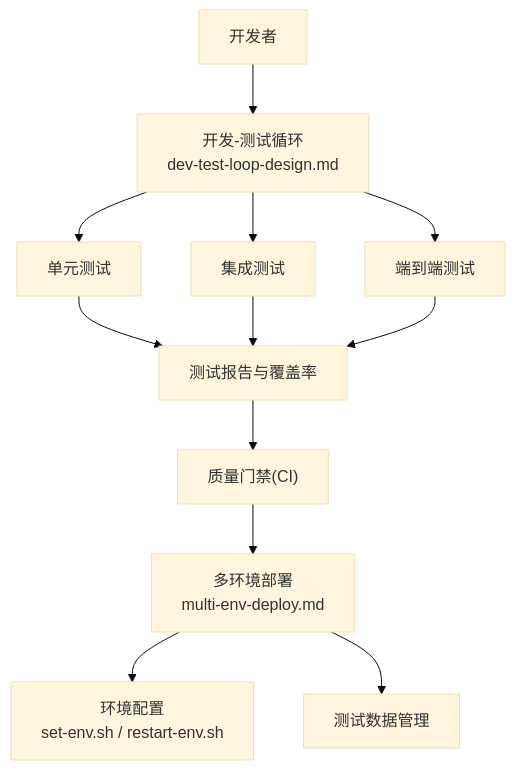
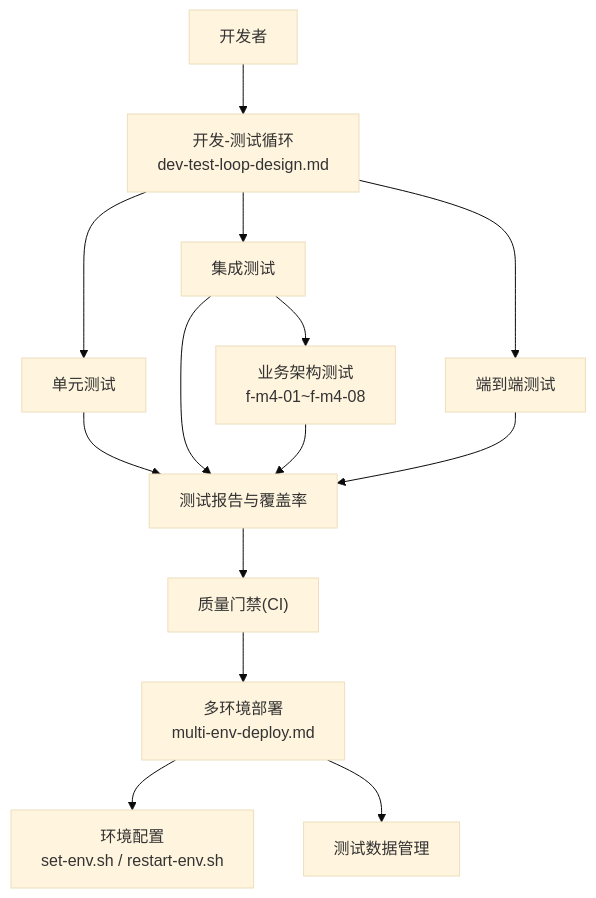
One commit to kai-cui1/ai-prototype-manager changed the second of 3 diagrams in .qoder/repowiki/zh/content/测试策略/测试策略.md. Above: the diagram before and after it, drawn with Mermaid (base theme). The commit also changed other lines of this file and 295 other files, not shown here.

````diff
--- a/.qoder/repowiki/zh/content/测试策略/测试策略.md
+++ b/.qoder/repowiki/zh/content/测试策略/测试策略.md
@@ -127,14 +151,16 @@
 ```mermaid
 graph TB
 Dev["开发者"] --> Loop["开发-测试循环<br/>dev-test-loop-design.md"]
 Loop --> Unit["单元测试"]
 Loop --> Integ["集成测试"]
 Loop --> E2E["端到端测试"]
 Unit --> Report["测试报告与覆盖率"]
 Integ --> Report
 E2E --> Report
 Report --> Gate["质量门禁(CI)"]
 Gate --> Deploy["多环境部署<br/>multi-env-deploy.md"]
 Deploy --> Env["环境配置<br/>set-env.sh / restart-env.sh"]
 Deploy --> Data["测试数据管理"]
+Integ --> BA["业务架构测试<br/>f-m4-01~f-m4-08"]
+BA --> Report
 ```
````
